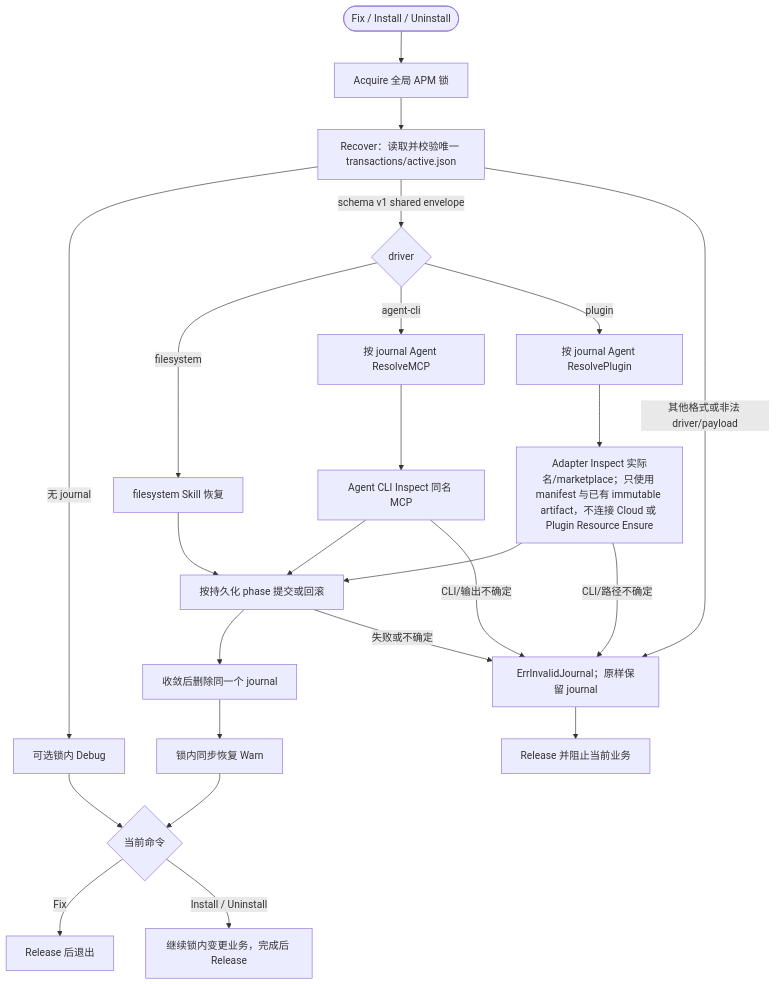
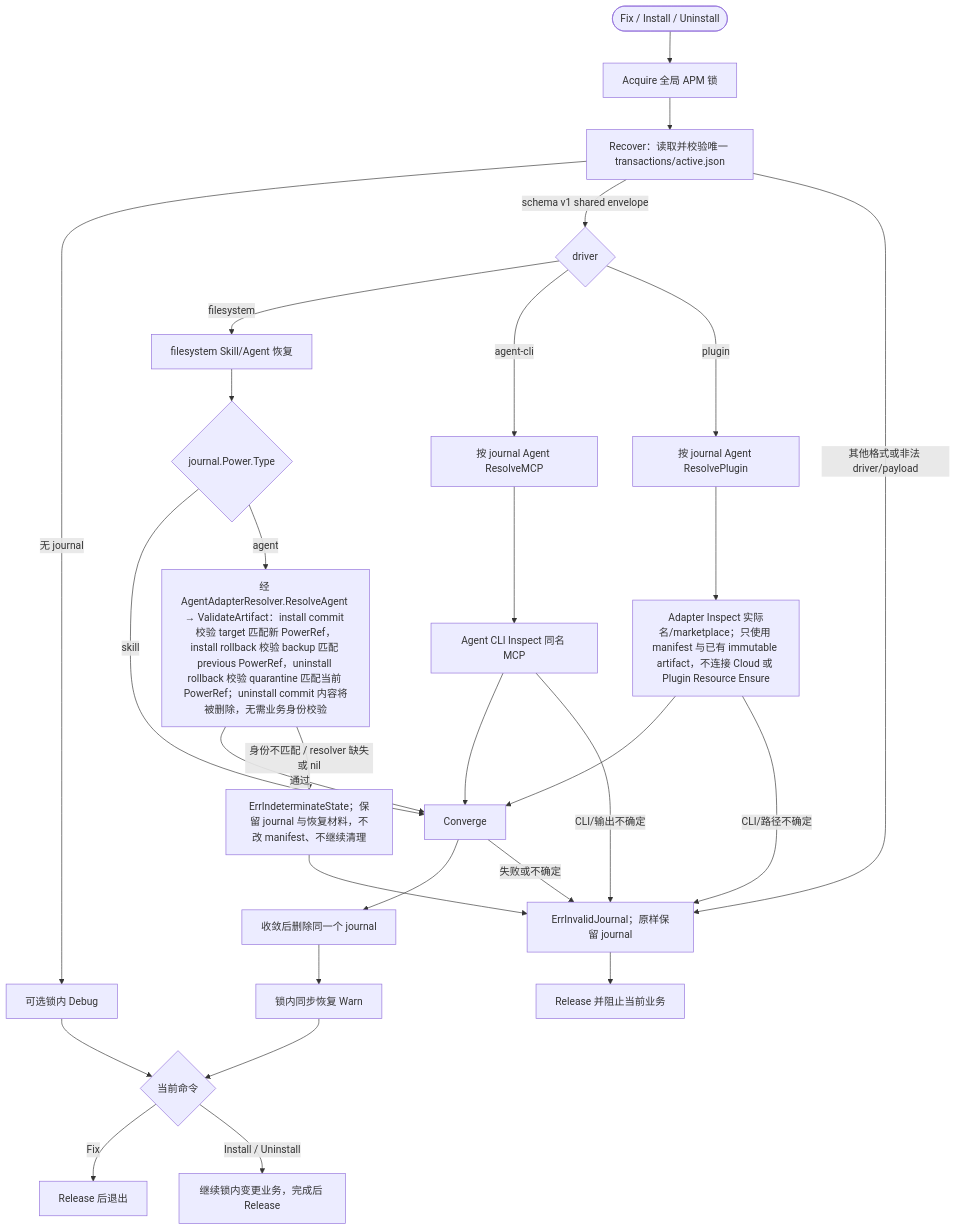
Before and after one commit to spacemit-com/agent-power-manager: the diagram in ivory-tower/c4/components/apm-cli-lifecycle-diagrams/common-journal-recovery.mmd, drawn with Mermaid. The commit also changed 12 other files, not shown here.

```diff
--- a/ivory-tower/c4/components/apm-cli-lifecycle-diagrams/common-journal-recovery.mmd
+++ b/ivory-tower/c4/components/apm-cli-lifecycle-diagrams/common-journal-recovery.mmd
@@ -1,24 +1,29 @@
 flowchart TD
     Start([Fix / Install / Uninstall]) --> Lock[Acquire 全局 APM 锁]
     Lock --> Recover[Recover：读取并校验唯一 transactions/active.json]
     Recover -->|无 journal| Debug[可选锁内 Debug]
     Recover -->|schema v1 shared envelope| Driver{driver}
-    Driver -->|filesystem| FS[filesystem Skill 恢复]
+    Driver -->|filesystem| FS[filesystem Skill/Agent 恢复]
     Driver -->|agent-cli| CLI[按 journal Agent ResolveMCP]
     Driver -->|plugin| Plugin[按 journal Agent ResolvePlugin]
-    FS --> Converge[按持久化 phase 提交或回滚]
+    FS --> FSType{journal.Power.Type}
+    FSType -->|skill| Converge
+    FSType -->|agent| AgentValidate[经 AgentAdapterResolver.ResolveAgent → ValidateArtifact：install commit 校验 target 匹配新 PowerRef，install rollback 校验 backup 匹配 previous PowerRef，uninstall rollback 校验 quarantine 匹配当前 PowerRef；uninstall commit 内容将被删除，无需业务身份校验]
+    AgentValidate -->|通过| Converge
+    AgentValidate -->|身份不匹配 / resolver 缺失或 nil| AgentFail[ErrIndeterminateState；保留 journal 与恢复材料，不改 manifest、不继续清理]
     CLI --> InspectMCP[Agent CLI Inspect 同名 MCP]
     InspectMCP --> Converge
     Plugin --> InspectPlugin[Adapter Inspect 实际名/marketplace；只使用 manifest 与已有 immutable artifact，不连接 Cloud 或 Plugin Resource Ensure]
     InspectPlugin --> Converge
     Converge --> Delete[收敛后删除同一个 journal]
     Delete --> Warn[锁内同步恢复 Warn]
     Debug --> Command{当前命令}
     Warn --> Command
     Command -->|Fix| FixRelease[Release 后退出]
     Command -->|Install / Uninstall| Business[继续锁内变更业务，完成后 Release]
     Recover -->|其他格式或非法 driver/payload| Fail[ErrInvalidJournal；原样保留 journal]
     InspectMCP -->|CLI/输出不确定| Fail
     InspectPlugin -->|CLI/路径不确定| Fail
+    AgentFail --> Fail
     Converge -->|失败或不确定| Fail
     Fail --> ErrorRelease[Release 并阻止当前业务]
```
